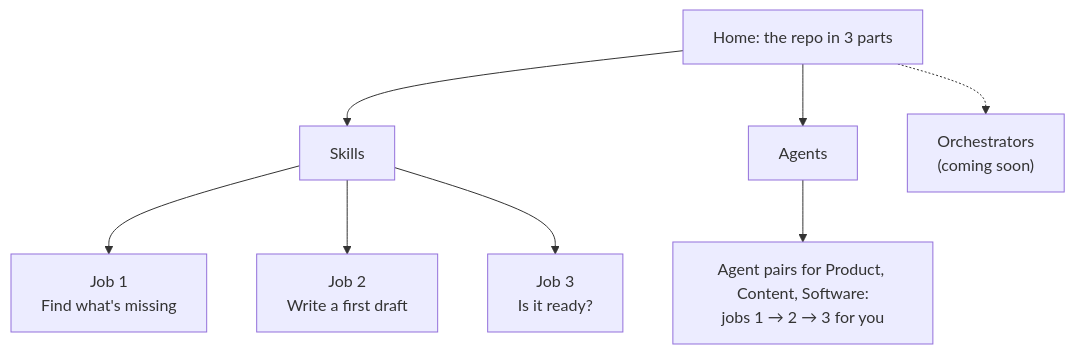
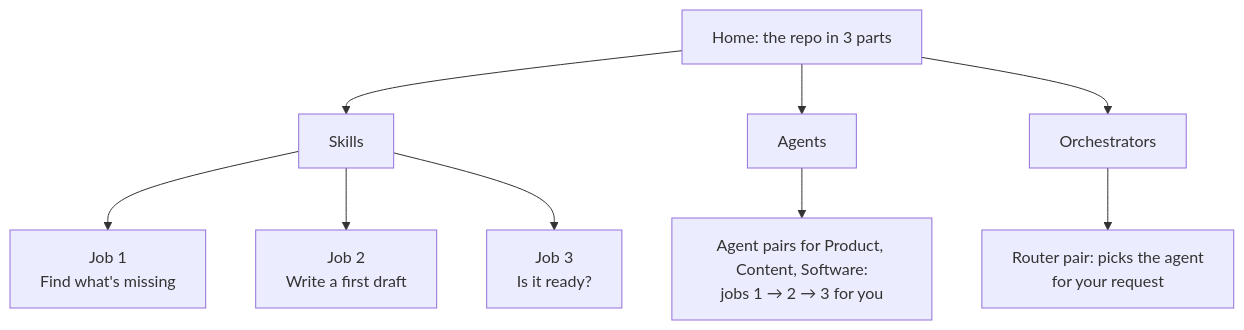
One commit to khadir-syed/k_ai-agent-skills changed the diagram in web/README.md. Above: the diagram before and after it, drawn with Mermaid. The commit also changed other lines of this file and 8 other files, not shown here.

````diff
--- a/web/README.md
+++ b/web/README.md
@@ -31,8 +32,9 @@
 ```mermaid
 flowchart TD
     H["Home: the repo in 3 parts"] --> S["Skills"]
     H --> A["Agents"]
-    H -.-> O["Orchestrators<br/>(coming soon)"]
+    H --> O["Orchestrators"]
     S --> F["Job 1<br/>Find what's missing"] & D["Job 2<br/>Write a first draft"] & C["Job 3<br/>Is it ready?"]
     A --> T["Agent pairs for Product, Content, Software:<br/>jobs 1 → 2 → 3 for you"]
+    O --> R["Router pair: picks the agent<br/>for your request"]
 ```
````
